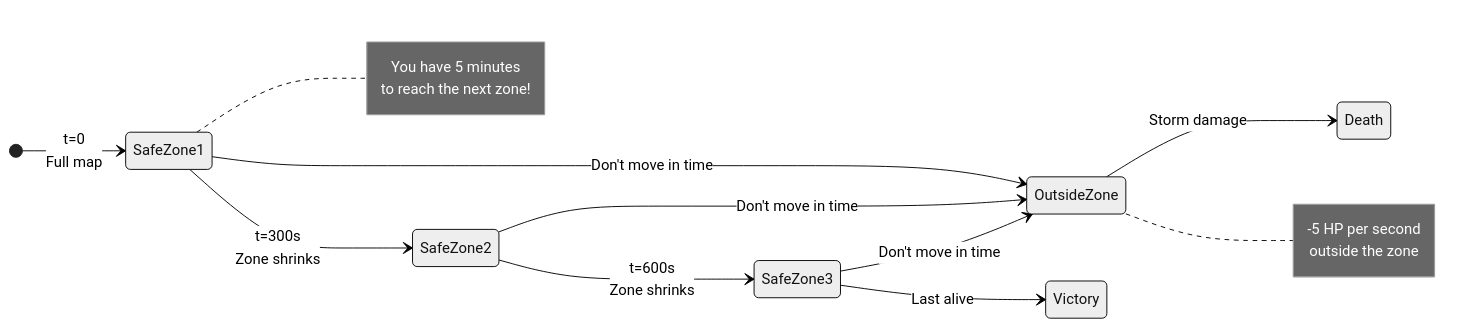
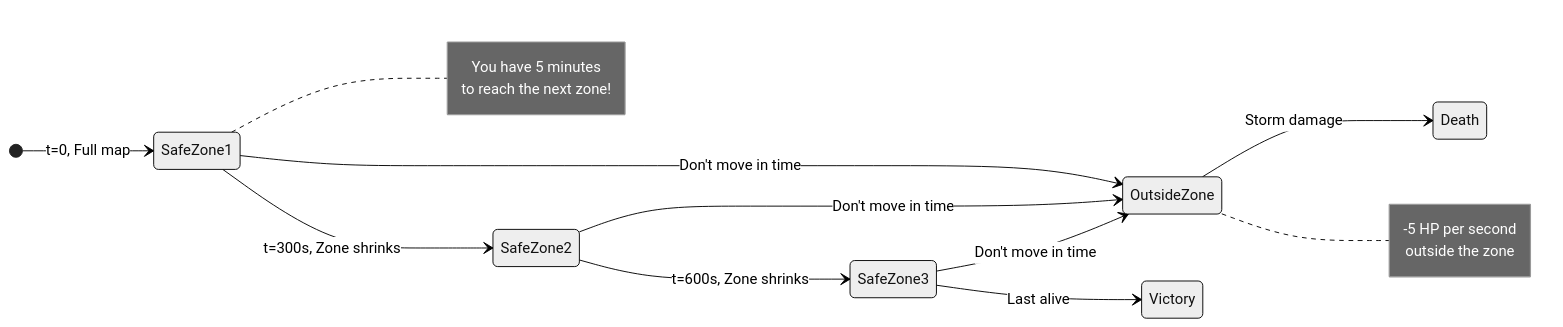
Before and after one commit to bhi5hmaraj/ai-risk-ttx: the second of 9 diagrams in research/ai_futures/eli/15_years_old.md, drawn with Mermaid (neutral theme). The commit also changed other lines of this file and 8 other files, not shown here.

First line of the commit message:
fix: Remove all <br/> tags from Mermaid diagrams and add validation

````diff
--- a/research/ai_futures/eli/15_years_old.md
+++ b/research/ai_futures/eli/15_years_old.md
@@ -81,27 +81,27 @@
 ```mermaid
 stateDiagram-v2
     direction LR
 
-    [*] --> SafeZone1: t=0<br/>Full map
+    [*] --> SafeZone1: t=0, Full map
 
-    SafeZone1 --> SafeZone2: t=300s<br/>Zone shrinks
+    SafeZone1 --> SafeZone2: t=300s, Zone shrinks
     SafeZone1 --> OutsideZone: Don't move in time
 
-    SafeZone2 --> SafeZone3: t=600s<br/>Zone shrinks
+    SafeZone2 --> SafeZone3: t=600s, Zone shrinks
     SafeZone2 --> OutsideZone: Don't move in time
 
     SafeZone3 --> Victory: Last alive
     SafeZone3 --> OutsideZone: Don't move in time
 
     OutsideZone --> Death: Storm damage
 
     note right of SafeZone1
         You have 5 minutes
         to reach the next zone!
     end note
 
     note right of OutsideZone
         -5 HP per second
         outside the zone
     end note
 ```
````
